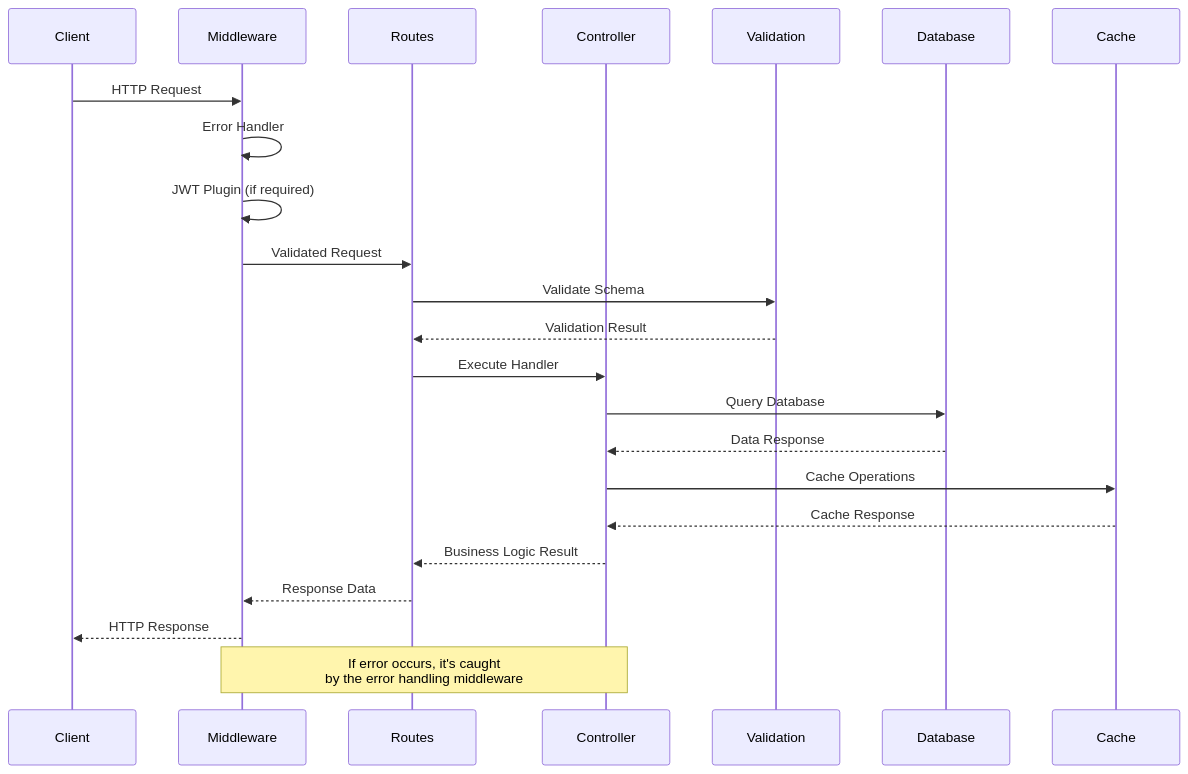
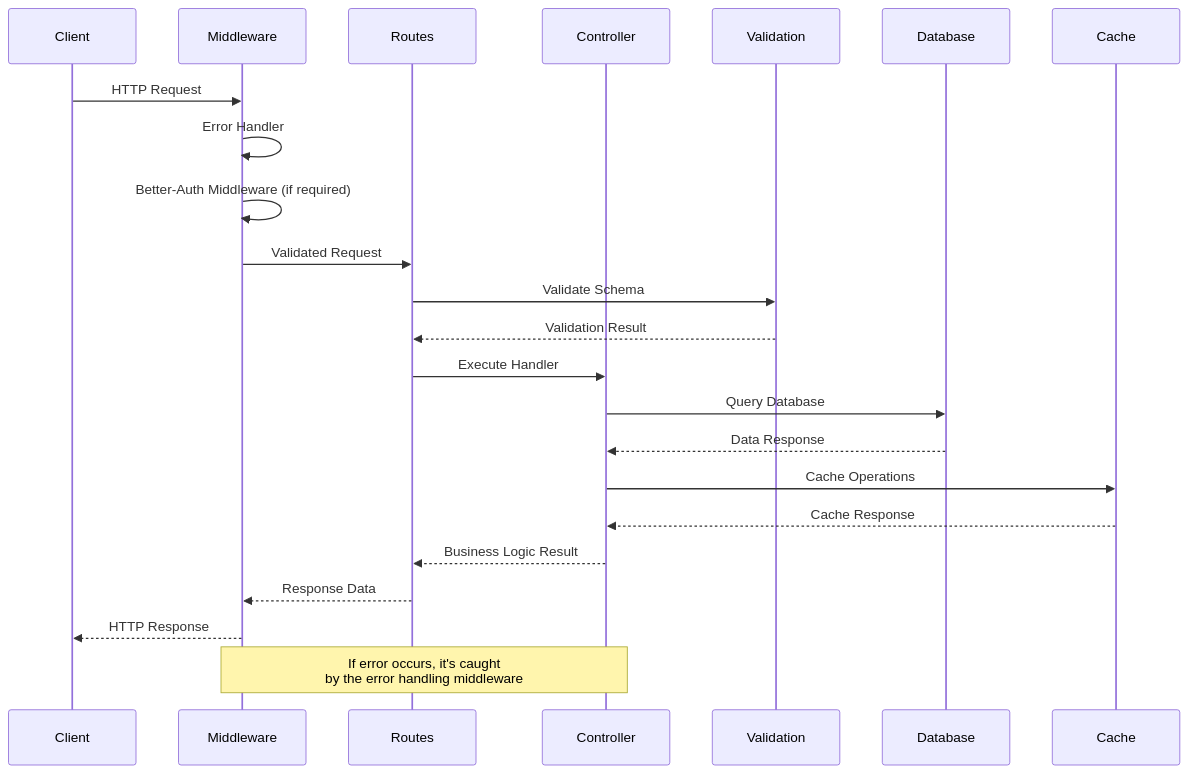
One commit to AndreaGiulianini/fullstack_basic_starter changed the second of 5 diagrams in api/README.md. Above: the diagram before and after it, drawn with Mermaid. The commit also changed other lines of this file and 37 other files, not shown here.

````diff
--- a/api/README.md
+++ b/api/README.md
@@ -139,27 +139,27 @@
 ```mermaid
 sequenceDiagram
     participant C as Client
     participant MW as Middleware
     participant R as Routes
     participant CTRL as Controller
     participant V as Validation
     participant DB as Database
     participant CACHE as Cache
     
     C->>MW: HTTP Request
     MW->>MW: Error Handler
-    MW->>MW: JWT Plugin (if required)
+    MW->>MW: Better-Auth Middleware (if required)
     MW->>R: Validated Request
     R->>V: Validate Schema
     V-->>R: Validation Result
     R->>CTRL: Execute Handler
     CTRL->>DB: Query Database
     DB-->>CTRL: Data Response
     CTRL->>CACHE: Cache Operations
     CACHE-->>CTRL: Cache Response
     CTRL-->>R: Business Logic Result
     R-->>MW: Response Data
     MW-->>C: HTTP Response
     
     Note over MW,CTRL: If error occurs, it's caught<br/>by the error handling middleware
 ```
````
